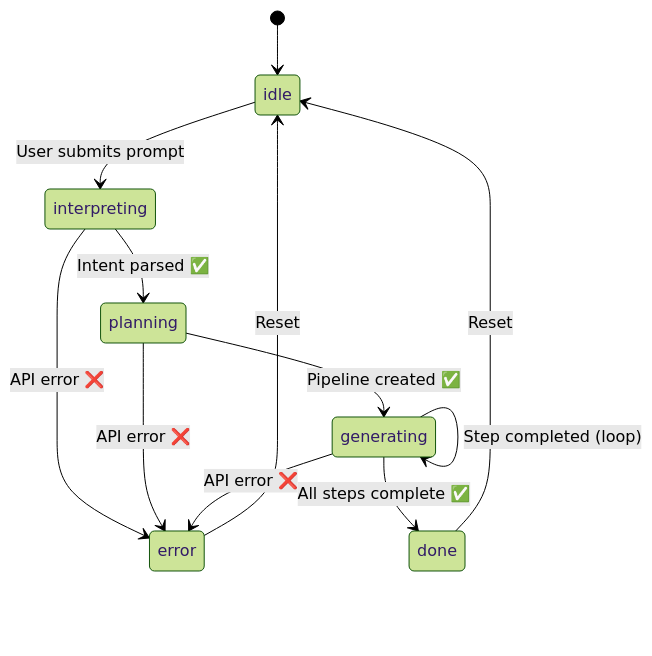
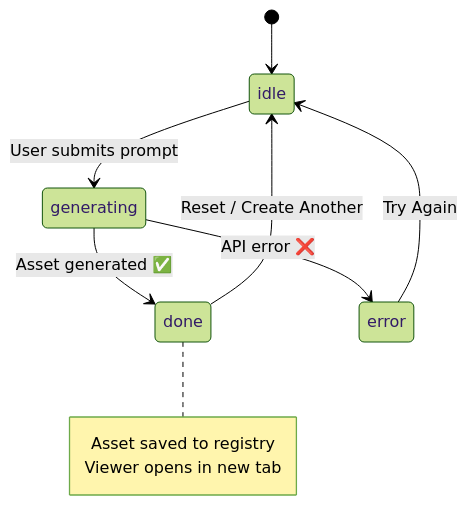
Before and after one commit to nitinog10/Campus-Os: the sixth of 6 diagrams in README.md, drawn with Mermaid (forest theme). The commit also changed other lines of this file, not shown here.

````diff
--- a/README.md
+++ b/README.md
@@ -240,14 +225,14 @@
 ```mermaid
 stateDiagram-v2
     [*] --> idle
-    idle --> interpreting: User submits prompt
-    interpreting --> planning: Intent parsed ✅
-    interpreting --> error: API error ❌
-    planning --> generating: Pipeline created ✅
-    planning --> error: API error ❌
-    generating --> generating: Step completed (loop)
-    generating --> done: All steps complete ✅
+    idle --> generating: User submits prompt
+    generating --> done: Asset generated ✅
     generating --> error: API error ❌
-    done --> idle: Reset
-    error --> idle: Reset
+    done --> idle: Reset / Create Another
+    error --> idle: Try Again
+    
+    note right of done
+        Asset saved to registry
+        Viewer opens in new tab
+    end note
 ```
````
